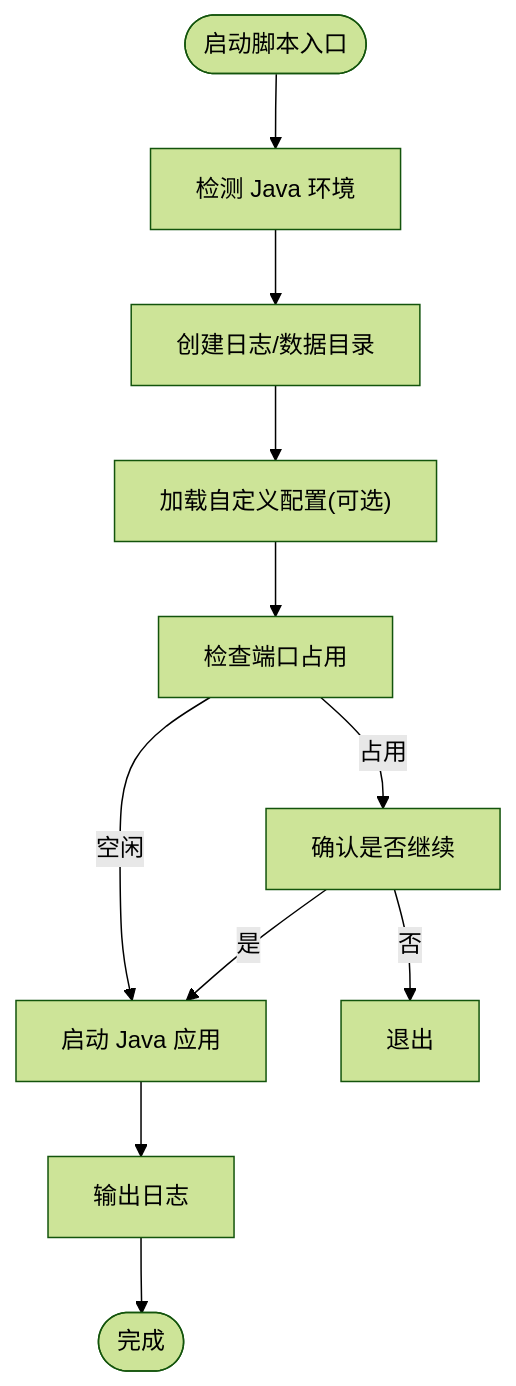
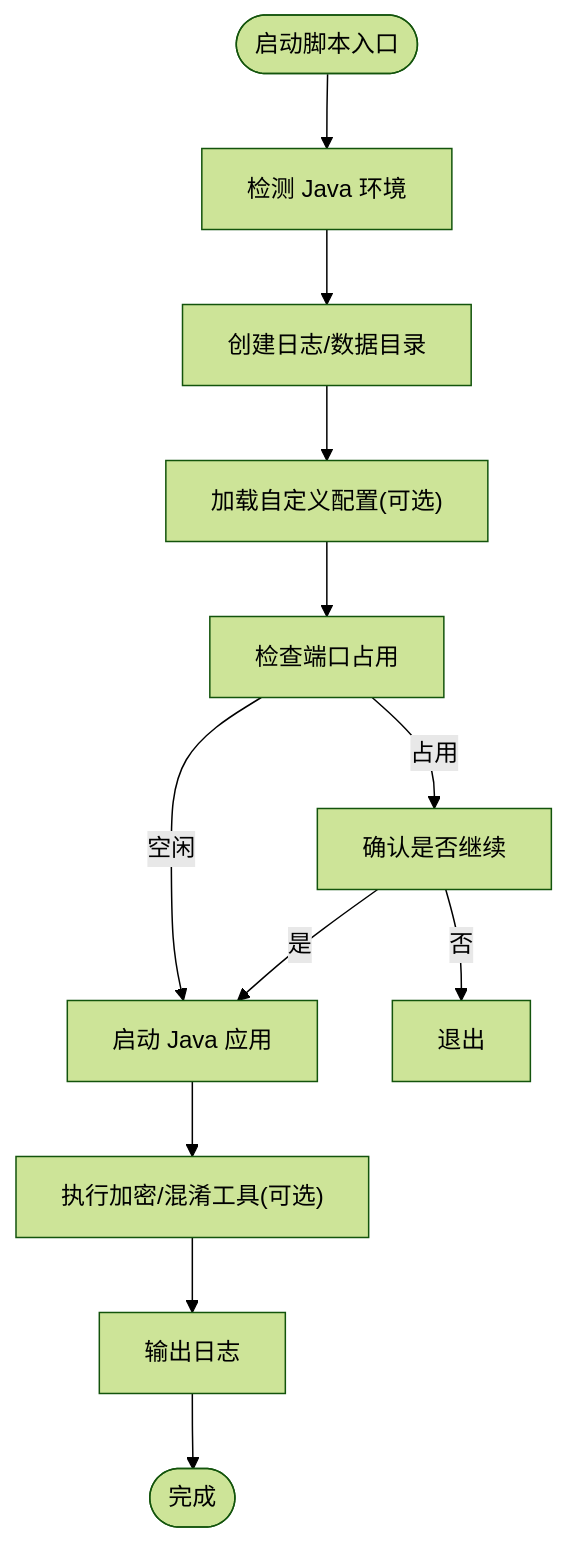
Before and after one commit to xulingfeng931027/get_jobs: the fifth of 7 diagrams in .qoder/repowiki/zh/content/部署运维/部署运维.md, drawn with Mermaid (forest theme). The commit also changed other lines of this file and 74 other files, not shown here.

````diff
--- a/.qoder/repowiki/zh/content/部署运维/部署运维.md
+++ b/.qoder/repowiki/zh/content/部署运维/部署运维.md
@@ -231,13 +299,14 @@
 ```mermaid
 flowchart TD
 Start(["启动脚本入口"]) --> CheckJava["检测 Java 环境"]
 CheckJava --> CreateDirs["创建日志/数据目录"]
 CreateDirs --> LoadCfg["加载自定义配置(可选)"]
 LoadCfg --> PortCheck["检查端口占用"]
 PortCheck --> |占用| Confirm["确认是否继续"]
 PortCheck --> |空闲| RunApp["启动 Java 应用"]
 Confirm --> |否| Exit["退出"]
 Confirm --> |是| RunApp
-RunApp --> Log["输出日志"]
+RunApp --> EncTools["执行加密/混淆工具(可选)"]
+EncTools --> Log["输出日志"]
 Log --> Done(["完成"])
 ```
````
